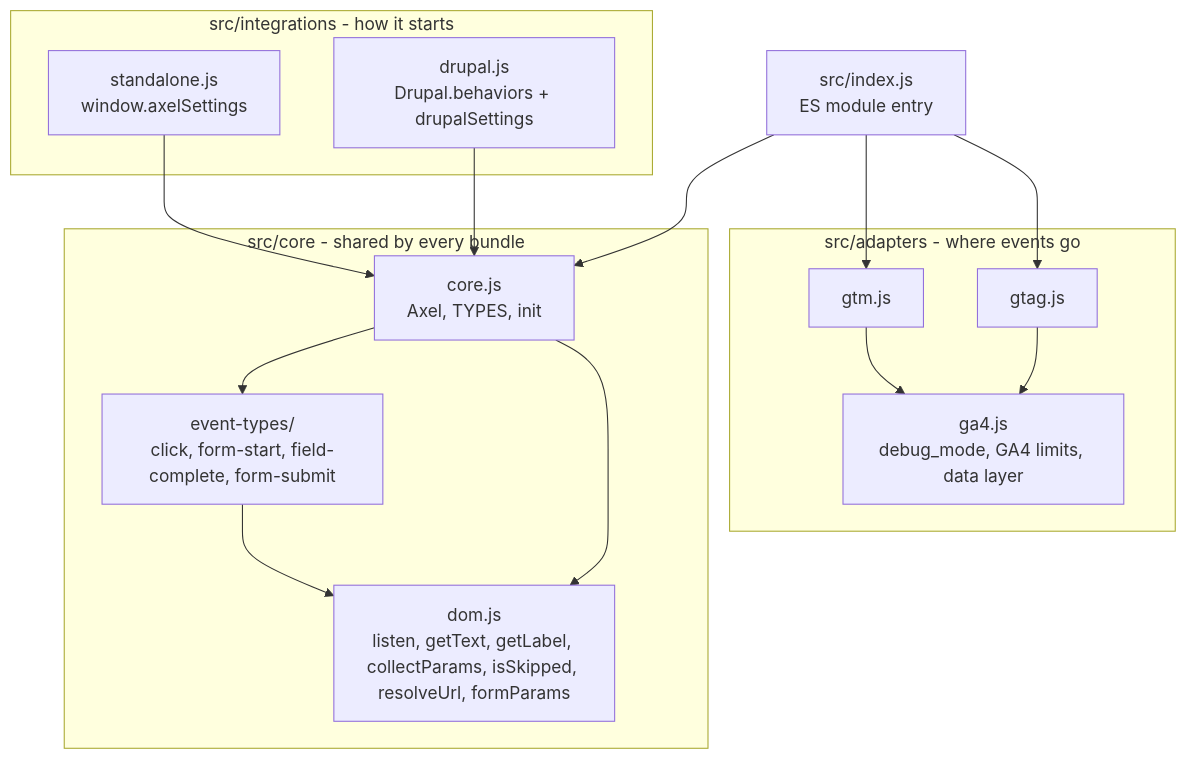
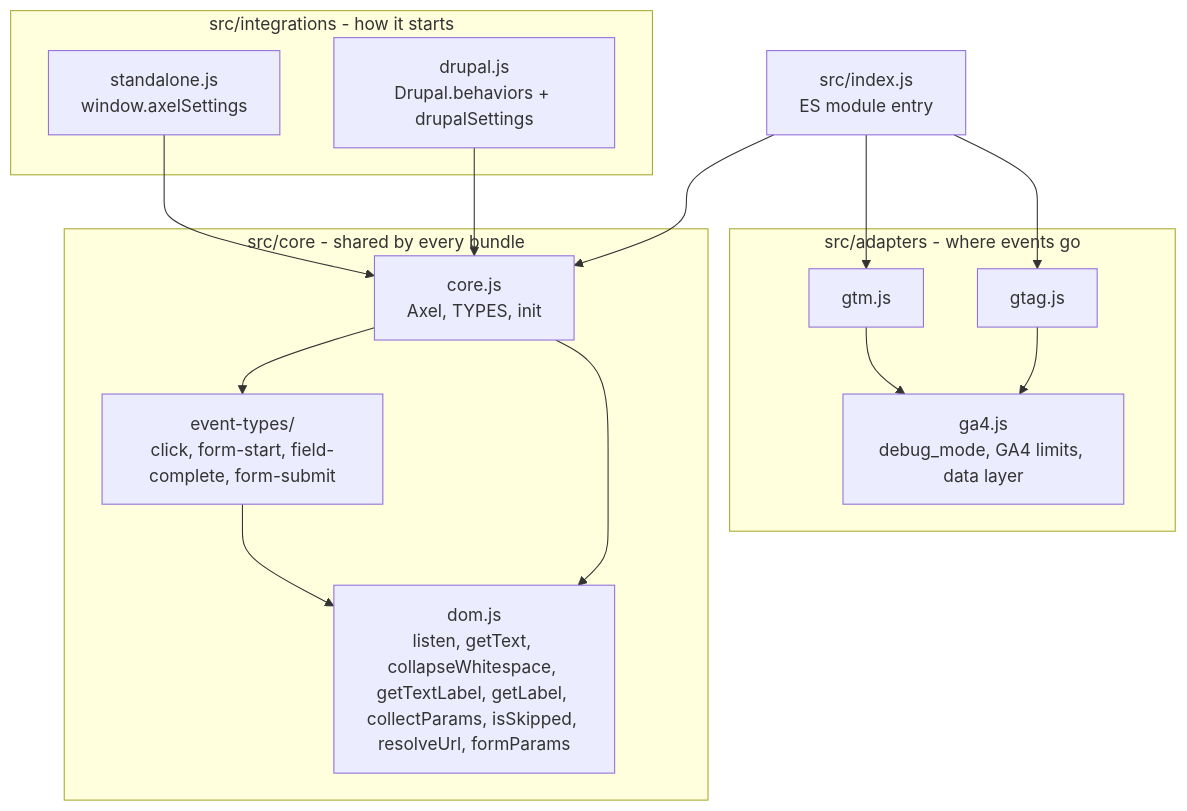
Before and after one commit to drevops/axel: the first of 3 diagrams in docs/architecture/README.md, drawn with Mermaid. The commit also changed other lines of this file and 13 other files, not shown here.

Commit message:
[#25] Added 'hiddenTextSelector' and 'labelFilter' to clean visually hidden text out of labels. (#28)

````diff
--- a/docs/architecture/README.md
+++ b/docs/architecture/README.md
@@ -10,27 +10,27 @@
 ```mermaid
 %% Traced from: src/core/*.js, src/core/event-types/*.js, src/adapters/*.js, src/integrations/*.js, src/index.js.
 flowchart TB
     subgraph integrations[src/integrations - how it starts]
         standalone[standalone.js<br>window.axelSettings]
         drupal[drupal.js<br>Drupal.behaviors + drupalSettings]
     end
     subgraph core[src/core - shared by every bundle]
         coreJs[core.js<br>Axel, TYPES, init]
         eventTypes[event-types/<br>click, form-start, field-complete, form-submit]
-        dom[dom.js<br>listen, getText, getLabel, collectParams, isSkipped, resolveUrl, formParams]
+        dom[dom.js<br>listen, getText, collapseWhitespace, getTextLabel, getLabel, collectParams, isSkipped, resolveUrl, formParams]
     end
     subgraph adapters[src/adapters - where events go]
         gtm[gtm.js]
         gtag[gtag.js]
         ga4[ga4.js<br>debug_mode, GA4 limits, data layer]
     end
     standalone --> coreJs
     drupal --> coreJs
     coreJs --> eventTypes --> dom
     coreJs --> dom
     gtm --> ga4
     gtag --> ga4
     index[src/index.js<br>ES module entry] --> coreJs
     index --> gtm
     index --> gtag
 ```
````
